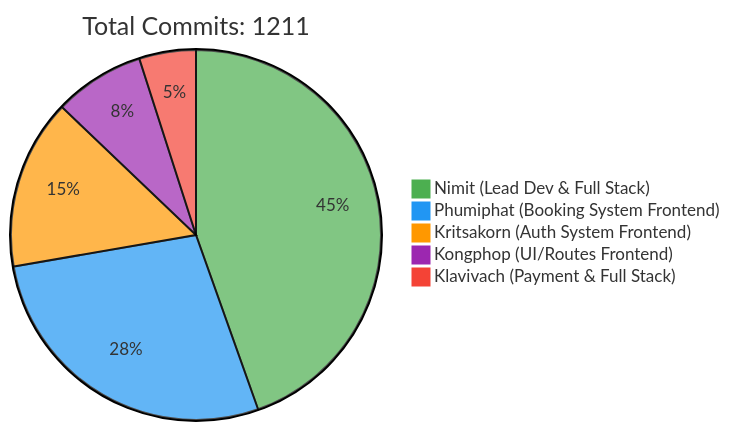
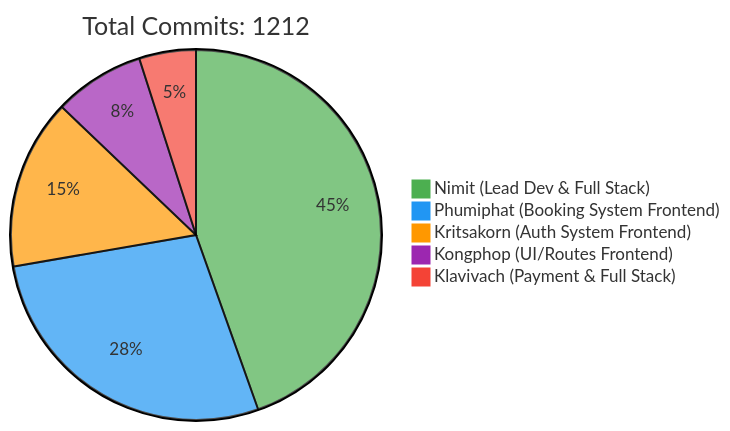
One commit to 6531503042/Sport-Complex changed the first of 2 diagrams in README.md. Above: the diagram before and after it, drawn with Mermaid. The commit also changed other lines of this file, not shown here.

Commit message:
docs: Update contributor statistics [skip ci]

````diff
--- a/README.md
+++ b/README.md
@@ -257,10 +257,10 @@
 ```mermaid
 %%{init: {'theme': 'base', 'themeVariables': { 'pie1': '#4CAF50', 'pie2': '#2196F3', 'pie3': '#FF9800', 'pie4': '#9C27B0', 'pie5': '#F44336'}}}%%
 pie
-    title Total Commits: 1211
+    title Total Commits: 1212
     "Nimit (Lead Dev & Full Stack)" : 450
     "Phumiphat (Booking System Frontend)" : 280
     "Kritsakorn (Auth System Frontend)" : 150
     "Kongphop (UI/Routes Frontend)" : 80
     "Klavivach (Payment & Full Stack)" : 50
 ```
````
